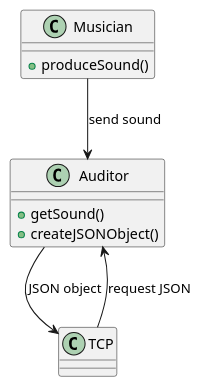
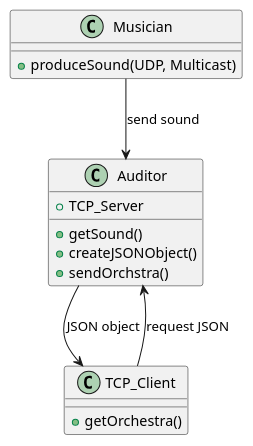
The diagram in resources/diagram.iuml (david-pellissier/Teaching-HEIGVD-RES-2020-Labo-Orchestra), drawn with PlantUML before and after one commit.

Commit message:
Edition of the diagram

```diff
--- a/resources/diagram.iuml
+++ b/resources/diagram.iuml
@@ -3,20 +3,24 @@
 @startuml
 
 class Musician {
-    + produceSound()
+    + produceSound(UDP, Multicast)
 }
 
 class Auditor {
+    + TCP_Server
     + getSound()
     + createJSONObject()
+    + sendOrchstra()
 }
 
-class TCP
+class TCP_Client {
+    + getOrchestra()
+}
 
 Musician --> Auditor : "send sound"
 
-Auditor --> TCP : "JSON object"
+Auditor --> TCP_Client : "JSON object"
 
-TCP --> Auditor : "request JSON"
+TCP_Client --> Auditor : "request JSON"
 
 @enduml
```
